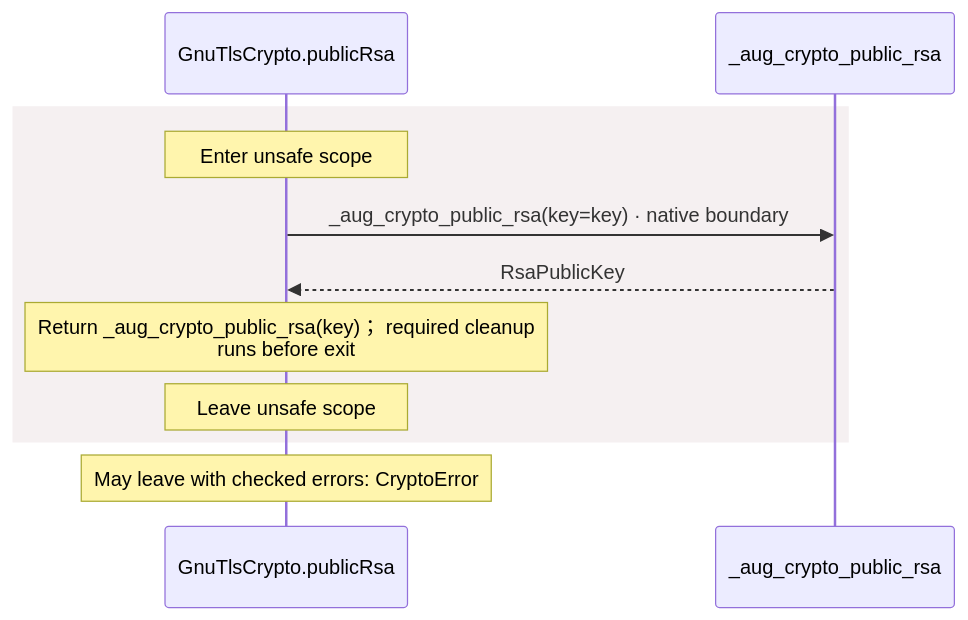
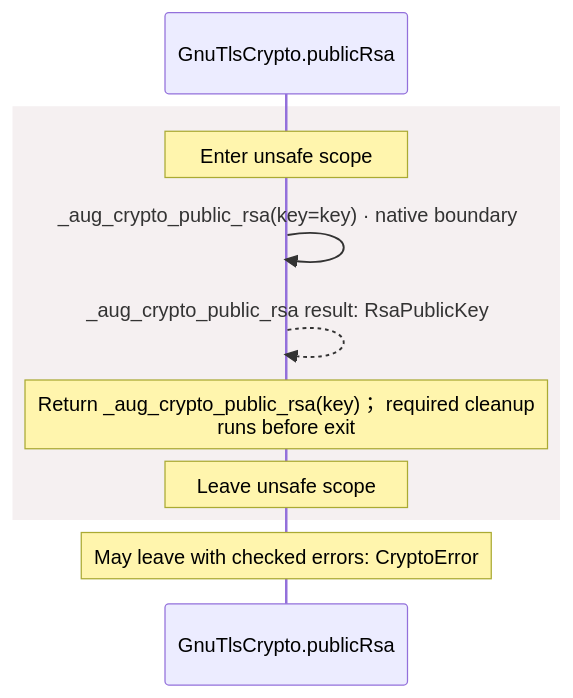
Before and after one commit to GreenPandaStudios/augscript: the sixth of 13 diagrams in docs/examples/oidc-login/dependencies/packages/@git/url_9ef654c66d34ab8f5527/0.0.0-git.b14a0f9aa41f1ce58bd51133bcdc424033e40d40/contracts-diagrams.md, drawn with Mermaid. The commit also changed other lines of this file and 304 other files, not shown here.

Commit message:
Make generated data-flow sequences concise and review every diagram

````diff
--- a/docs/examples/oidc-login/dependencies/packages/@git/url_9ef654c66d34ab8f5527/0.0.0-git.b14a0f9aa41f1ce58bd51133bcdc424033e40d40/contracts-diagrams.md
+++ b/docs/examples/oidc-login/dependencies/packages/@git/url_9ef654c66d34ab8f5527/0.0.0-git.b14a0f9aa41f1ce58bd51133bcdc424033e40d40/contracts-diagrams.md
@@ -351,13 +314,13 @@
 ```mermaid
 sequenceDiagram
     participant p0 as GnuTlsCrypto.publicRsa
-    participant p1 as _aug_crypto_public_rsa
+
     rect rgb(245, 240, 241)
     Note over p0: Enter unsafe scope
-    p0->>p1: _aug_crypto_public_rsa(key=key) · native boundary
-    p1-->>p0: RsaPublicKey
+    p0->>p0: _aug_crypto_public_rsa(key=key) · native boundary
+    p0-->>p0: _aug_crypto_public_rsa result: RsaPublicKey
     Note over p0: Return _aug_crypto_public_rsa(key)； required cleanup<br/>runs before exit
     Note over p0: Leave unsafe scope
     end
     Note over p0: May leave with checked errors: CryptoError
 ```
````
